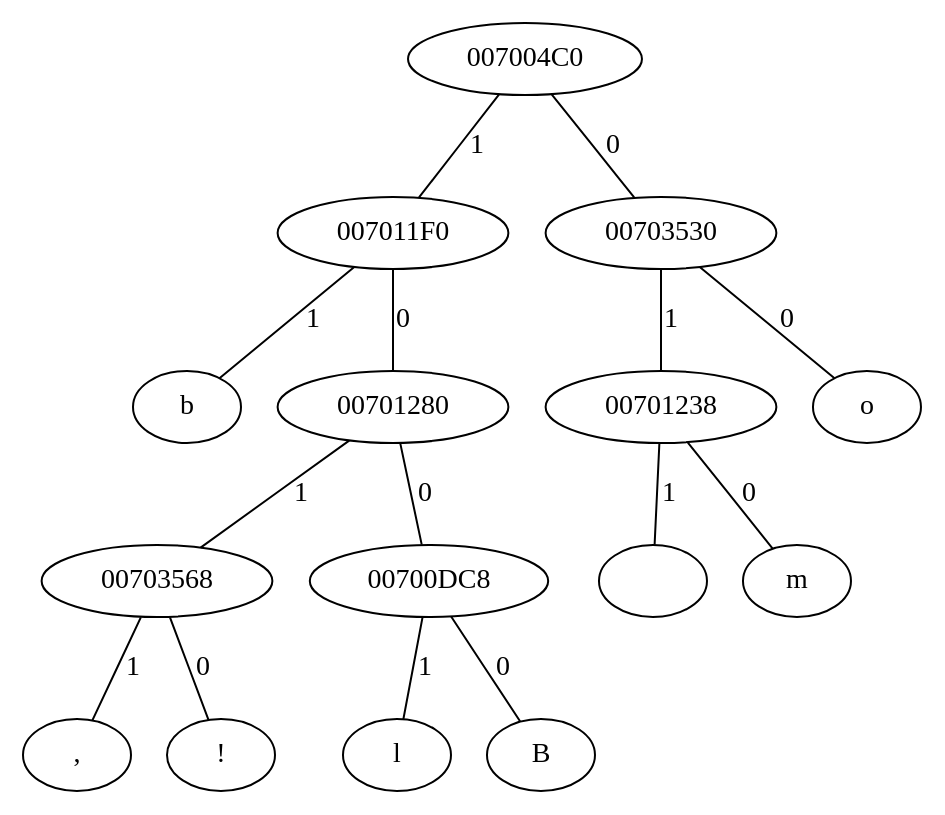
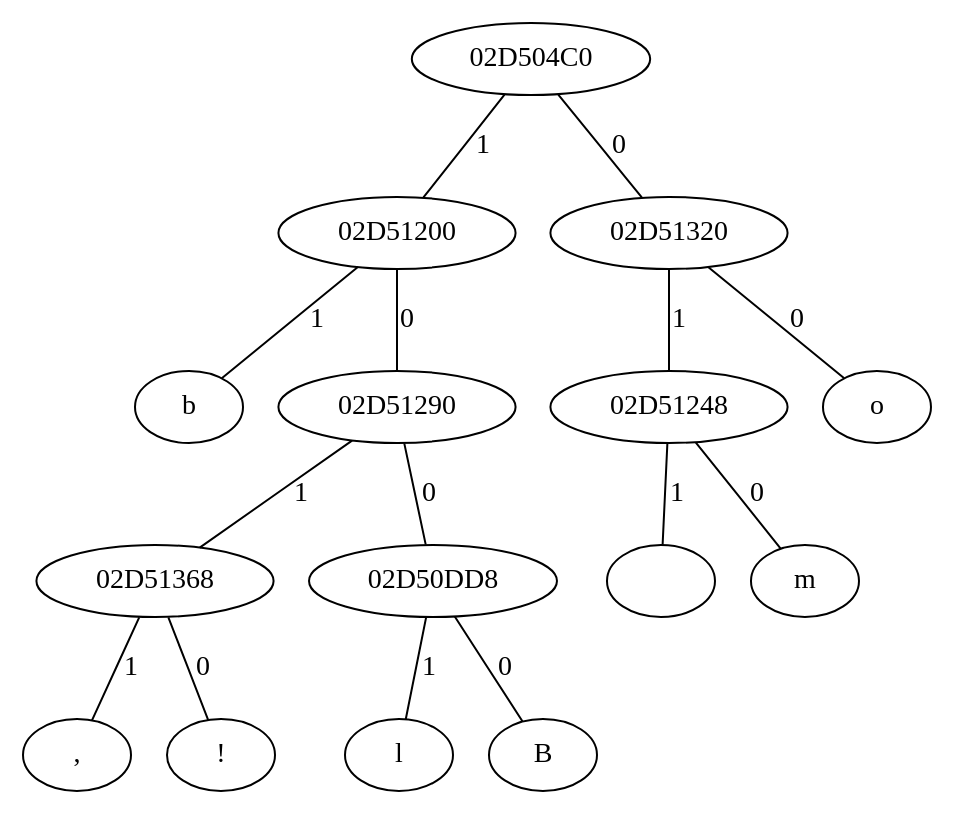
The diagram in tree.dot (jadedlopes/Huffman), drawn with Graphviz before and after one commit. The commit also changed 1 other file, not shown here.

```diff
--- a/tree.dot
+++ b/tree.dot
@@ -1,16 +1,16 @@
 graph {
-	"007004C0" -- "007011F0" [label= 1];
-	"007004C0" -- "00703530" [label= 0];
-	"00703530" -- "00701238" [label= 1];
-	"00703530" -- "o" [label= 0];
-	"00701238" -- " " [label= 1];
-	"00701238" -- "m" [label= 0];
-	"007011F0" -- "b" [label= 1];
-	"007011F0" -- "00701280" [label= 0];
-	"00701280" -- "00703568" [label= 1];
-	"00701280" -- "00700DC8" [label= 0];
-	"00700DC8" -- "l" [label= 1];
-	"00700DC8" -- "B" [label= 0];
-	"00703568" -- "," [label= 1];
-	"00703568" -- "!" [label= 0];
+	"02D504C0" -- "02D51200" [label= 1];
+	"02D504C0" -- "02D51320" [label= 0];
+	"02D51320" -- "02D51248" [label= 1];
+	"02D51320" -- "o" [label= 0];
+	"02D51248" -- " " [label= 1];
+	"02D51248" -- "m" [label= 0];
+	"02D51200" -- "b" [label= 1];
+	"02D51200" -- "02D51290" [label= 0];
+	"02D51290" -- "02D51368" [label= 1];
+	"02D51290" -- "02D50DD8" [label= 0];
+	"02D50DD8" -- "l" [label= 1];
+	"02D50DD8" -- "B" [label= 0];
+	"02D51368" -- "," [label= 1];
+	"02D51368" -- "!" [label= 0];
 }
```
